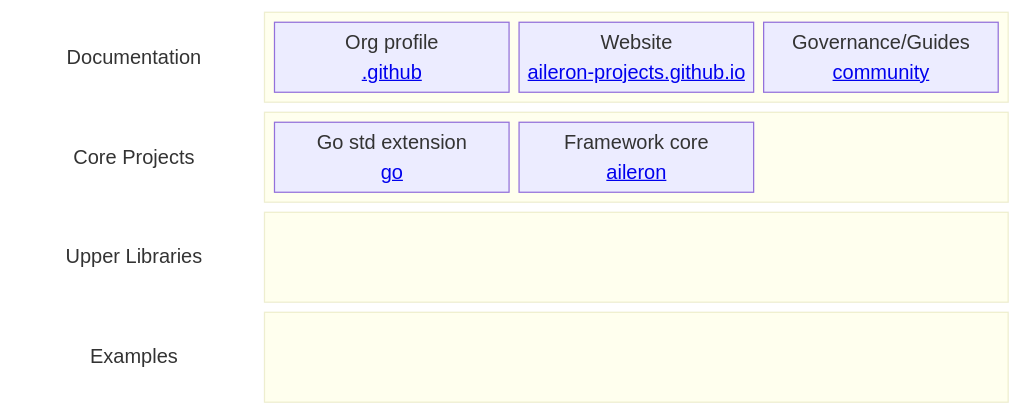
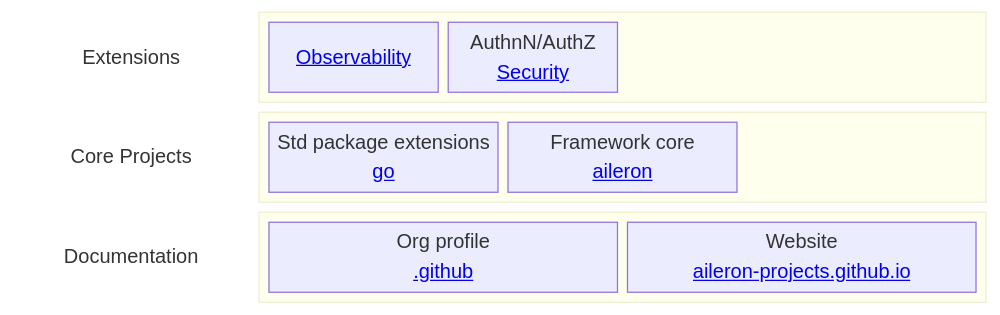
The diagram in profile/README.md (aileron-projects/.github), drawn with Mermaid before and after one commit. The commit also changed other lines of this file, not shown here.

Commit message:
update profile

````diff
--- a/profile/README.md
+++ b/profile/README.md
@@ -32,33 +22,28 @@
 ```mermaid
 block-beta
   columns 4
+
+  Extensions["Extensions"]
+  block:lib:3
+    observability["<a href="https://github.com/aileron-projects/aileron-observability">Observability</a>"]
+    security["AuthnN/AuthZ</br><a href="https://github.com/aileron-projects/aileron-security">Security</a>"]
+    space:2
+  end
+
+  Cores["Core Projects"]
+  block:core:3
+    go["Std package extensions</br><a href="https://github.com/aileron-projects/go">go</a>"]
+    aileron["Framework core</br><a href="https://github.com/aileron-projects/aileron">aileron</a>"]
+    space
+  end
 
   Documentation
   block:docs:3
     github["Org profile</br><a href="https://github.com/aileron-projects/.github">.github</a>"]
     githubio["Website</br><a href="https://github.com/aileron-projects/aileron-projects.github.io">aileron-projects.github.io</a>"]
-    community["Governance/Guides</br><a href="https://github.com/aileron-projects/community">community</a>"]
-  end
-
-  Cores["Core Projects"]
-  block:core:3
-    go["Go std extension</br><a href="https://github.com/aileron-projects/go">go</a>"]
-    aileron["Framework core</br><a href="https://github.com/aileron-projects/aileron">aileron</a>"]
-    space
-  end
-
-  Libraries["Upper Libraries"]
-  block:lib:3
-    space:3
-  end
-
-  Examples
-  block:example:3
-    space:3
   end
 
 style Documentation fill:transparent,stroke:none
 style Cores fill:transparent,stroke:none
-style Libraries fill:transparent,stroke:none
-style Examples fill:transparent,stroke:none
+style Extensions fill:transparent,stroke:none
 ```
````
